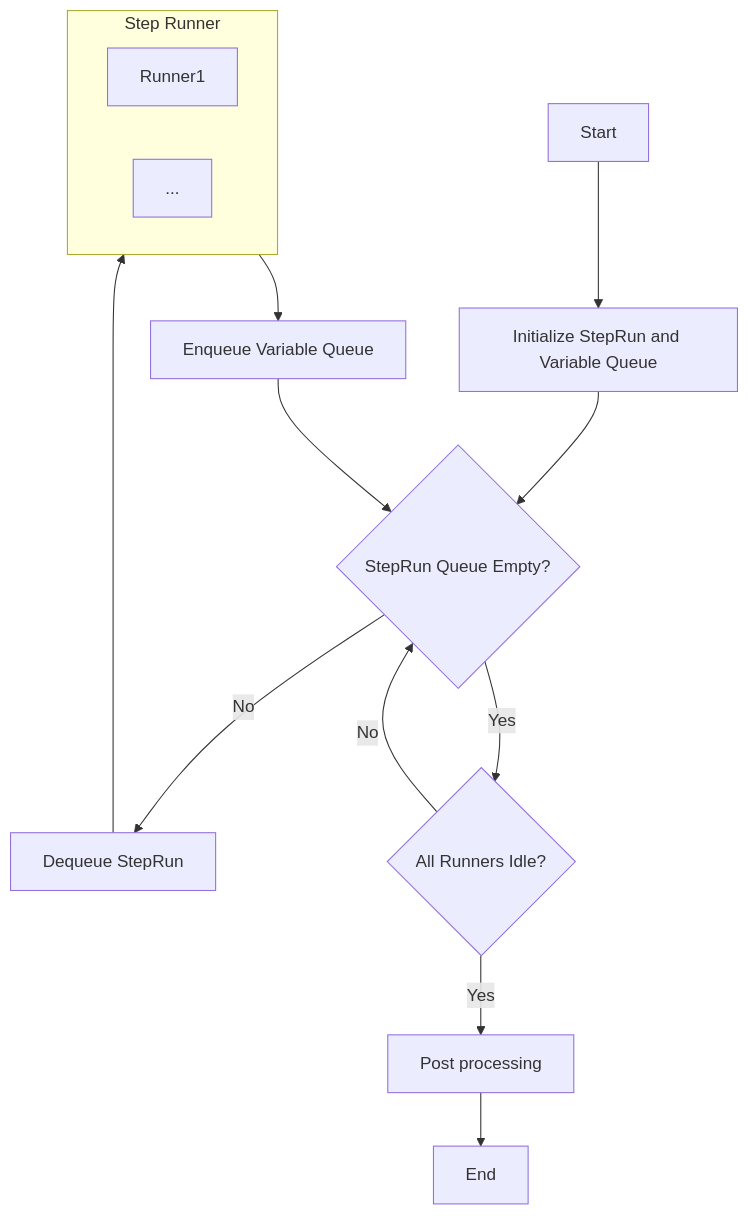
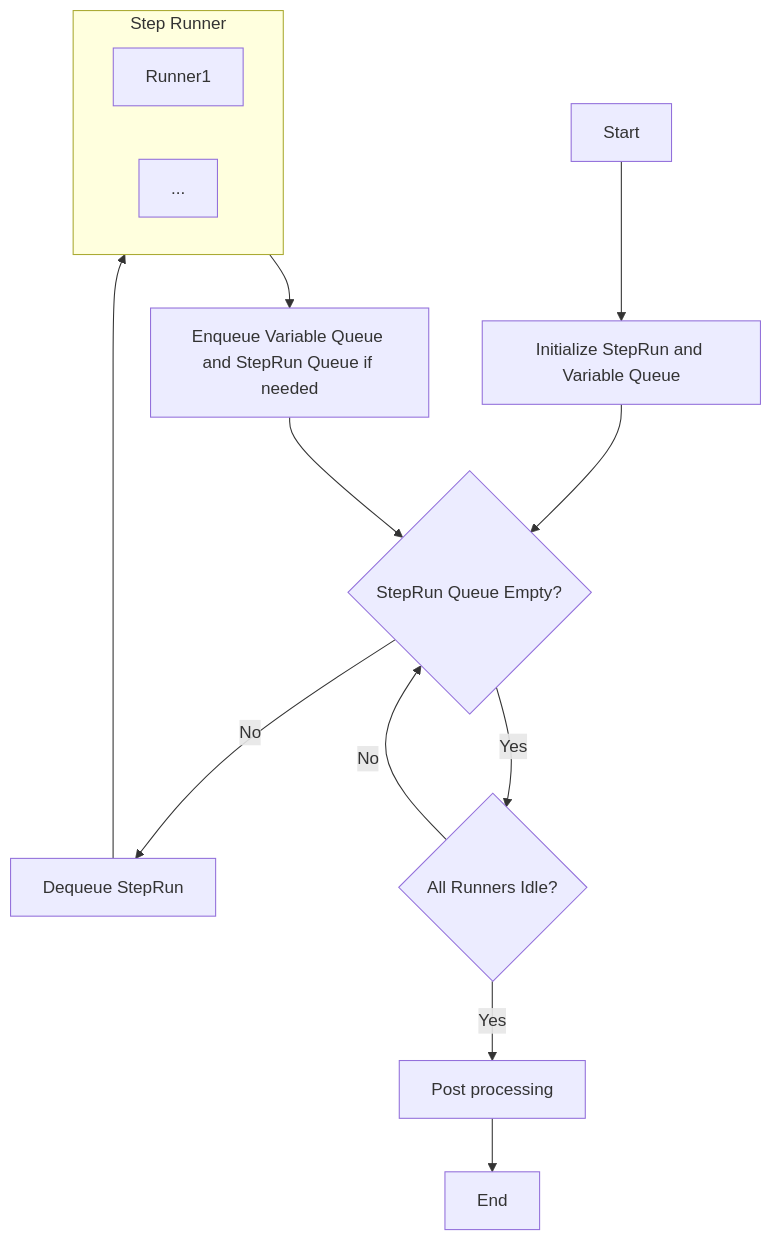
Before and after one commit to LittleLittleCloud/StepWise: the first of 2 diagrams in docs/DeepDiveToStepWiseEngine.md, drawn with Mermaid.

````diff
--- a/docs/DeepDiveToStepWiseEngine.md
+++ b/docs/DeepDiveToStepWiseEngine.md
@@ -19,18 +19,18 @@
 ```mermaid
 graph TD
     A[Start] --> B[Initialize StepRun and Variable Queue]
     B--> E{StepRun Queue Empty?}
     E -->|No| F[Dequeue StepRun]
     F --> StepRunner
-    StepRunner --> H[Enqueue Variable Queue]
+    StepRunner --> H[Enqueue Variable Queue and StepRun Queue if needed]
     H --> E
     E -->|Yes| I{All Runners Idle?}
     I -->|No| E
     I -->|Yes| J[Post processing]
     J --> K[End]
 
     subgraph StepRunner["Step Runner"]
     Runner1
     Runners["..."]
     end
 ```
````
